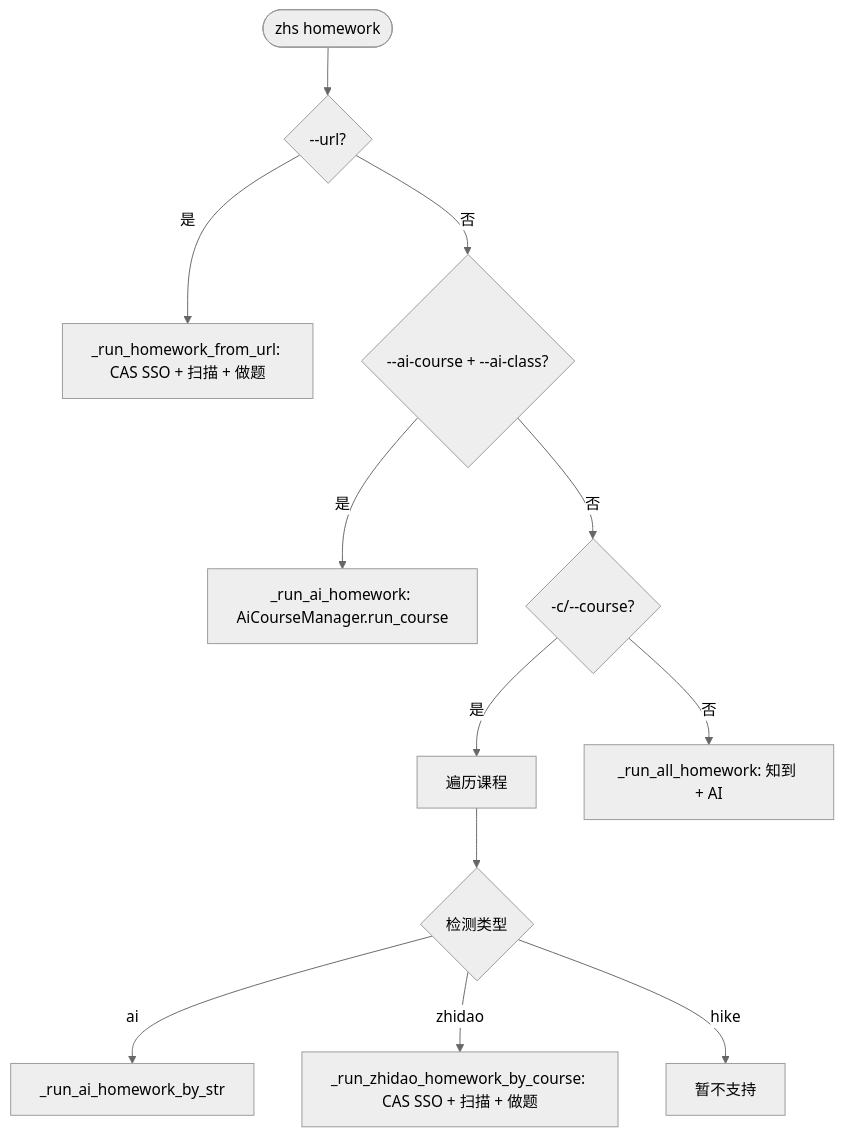
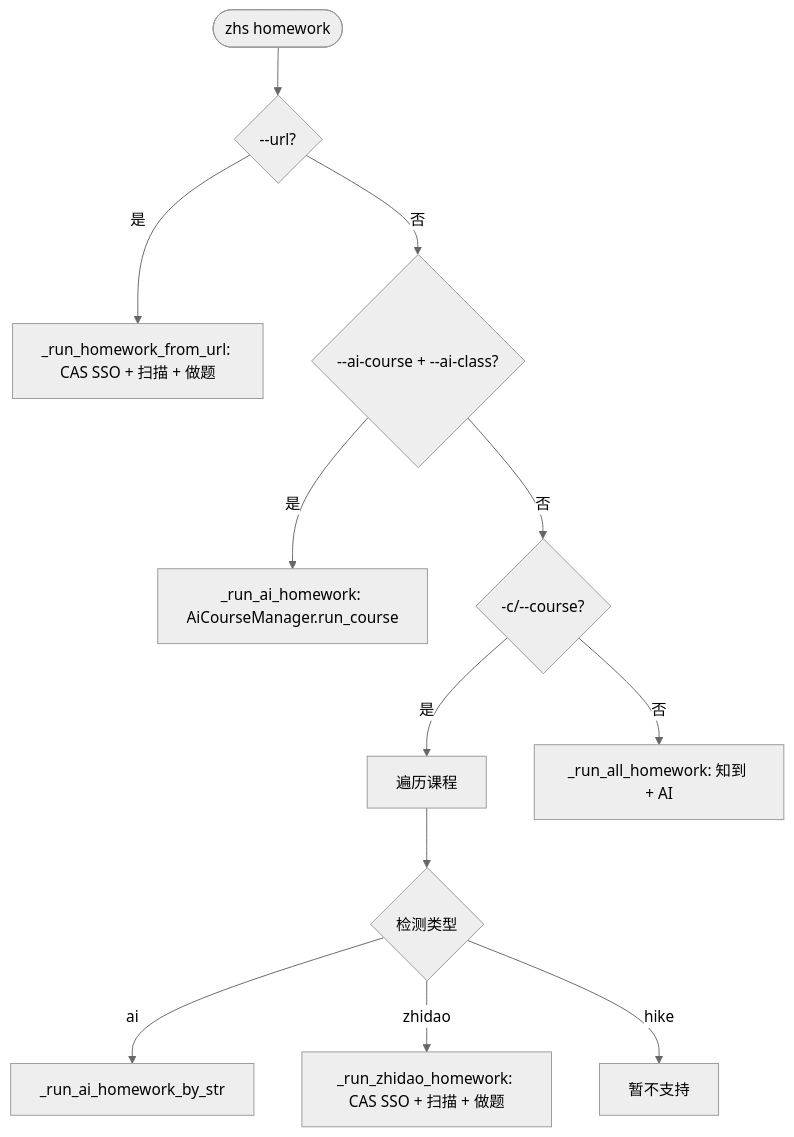
The tenth of 15 diagrams in docs/design.md (pjm314159/zhs), drawn with Mermaid (neutral theme) before and after one commit. The commit also changed other lines of this file and 5 other files, not shown here.

````diff
--- a/docs/design.md
+++ b/docs/design.md
@@ -1979,14 +1979,14 @@
 ```mermaid
 flowchart TD
     HW([zhs homework]) --> CheckURL{--url?}
     CheckURL -->|是| UrlMode[_run_homework_from_url: CAS SSO + 扫描 + 做题]
     CheckURL -->|否| CheckAI{--ai-course + --ai-class?}
     CheckAI -->|是| AiHW[_run_ai_homework: AiCourseManager.run_course]
     CheckAI -->|否| CheckCourse{-c/--course?}
     CheckCourse -->|是| CourseLoop[遍历课程]
     CourseLoop --> DetectType{检测类型}
     DetectType -->|ai| AiHWByStr[_run_ai_homework_by_str]
-    DetectType -->|zhidao| ZhidaoHW[_run_zhidao_homework_by_course: CAS SSO + 扫描 + 做题]
+    DetectType -->|zhidao| ZhidaoHW[_run_zhidao_homework: CAS SSO + 扫描 + 做题]
     DetectType -->|hike| SkipHike[暂不支持]
     CheckCourse -->|否| AllHW[_run_all_homework: 知到 + AI]
 ```
````
